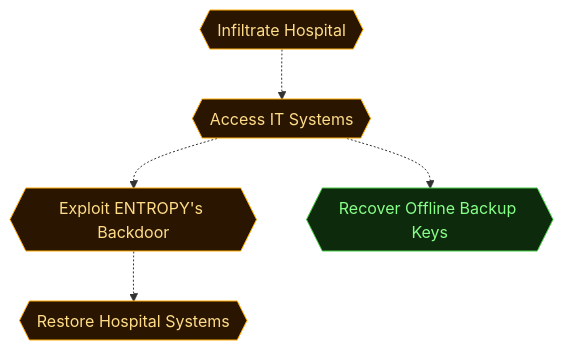
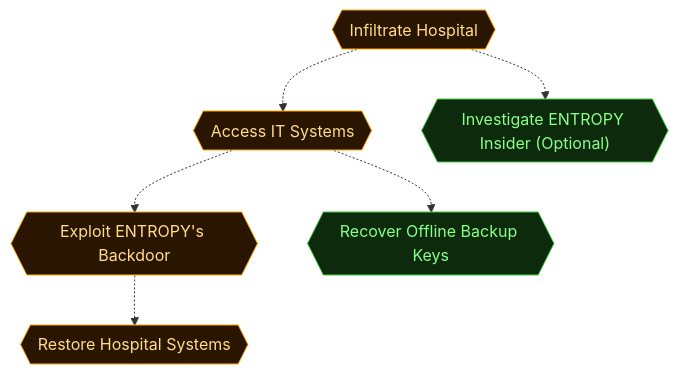
One commit to cliffe/BreakEscapeGame changed the second of 5 diagrams in scenarios/m02_ransomed_trust/dungeon_graph.md. Above: the diagram before and after it, drawn with Mermaid. The commit also changed other lines of this file and 8 other files, not shown here.

````diff
--- a/scenarios/m02_ransomed_trust/dungeon_graph.md
+++ b/scenarios/m02_ransomed_trust/dungeon_graph.md
@@ -208,32 +219,34 @@
 ```mermaid
 flowchart TD
 
   classDef room      fill:#0f2d2d,stroke:#22ddcc,color:#a0ffee
   classDef lock      fill:#2d0f0f,stroke:#e66060,color:#ffa0a0
   classDef key       fill:#2d0812,stroke:#e66060,color:#ffa0a0
   classDef item      fill:#2d1200,stroke:#e89030,color:#ffcc80
   classDef gate      fill:#111,stroke:#666,color:#eee
   classDef vm        fill:#0c1f40,stroke:#4a90d9,color:#a0c8ff
   classDef flag      fill:#1a0c2d,stroke:#9060d0,color:#cc99ff
   classDef action    fill:#1a1200,stroke:#cc9922,color:#ffee88
   classDef aim       fill:#0d2a0d,stroke:#44cc44,color:#88ff88
   classDef aim_gate  fill:#111111,stroke:#44cc44,color:#44cc44
   classDef container fill:#1a2d1a,stroke:#60b060,color:#a0e0a0
   classDef npc       fill:#2d1f0d,stroke:#d0a050,color:#ffe0a0
   classDef critical  fill:#2a1500,stroke:#ffaa00,color:#ffdd88
   classDef start     fill:#003322,stroke:#00ffaa,color:#00ffaa
 
   aim_infiltrate_hospital{{"Infiltrate Hospital"}}
   aim_access_it_systems{{"Access IT Systems"}}
   aim_exploit_entropy_backdoor{{"Exploit ENTROPY's Backdoor"}}
   aim_recover_offline_keys{{"Recover Offline Backup Keys"}}
+  aim_investigate_insider{{"Investigate ENTROPY Insider (Optional)"}}
   aim_restore_hospital_systems{{"Restore Hospital Systems"}}
 
   aim_infiltrate_hospital -.-> aim_access_it_systems
   aim_access_it_systems -.-> aim_exploit_entropy_backdoor
   aim_access_it_systems -.-> aim_recover_offline_keys
+  aim_infiltrate_hospital -.-> aim_investigate_insider
   aim_exploit_entropy_backdoor -.-> aim_restore_hospital_systems
 
   class aim_infiltrate_hospital,aim_access_it_systems,aim_exploit_entropy_backdoor,aim_restore_hospital_systems critical
-  class aim_recover_offline_keys aim
+  class aim_recover_offline_keys,aim_investigate_insider aim
 ```
````
